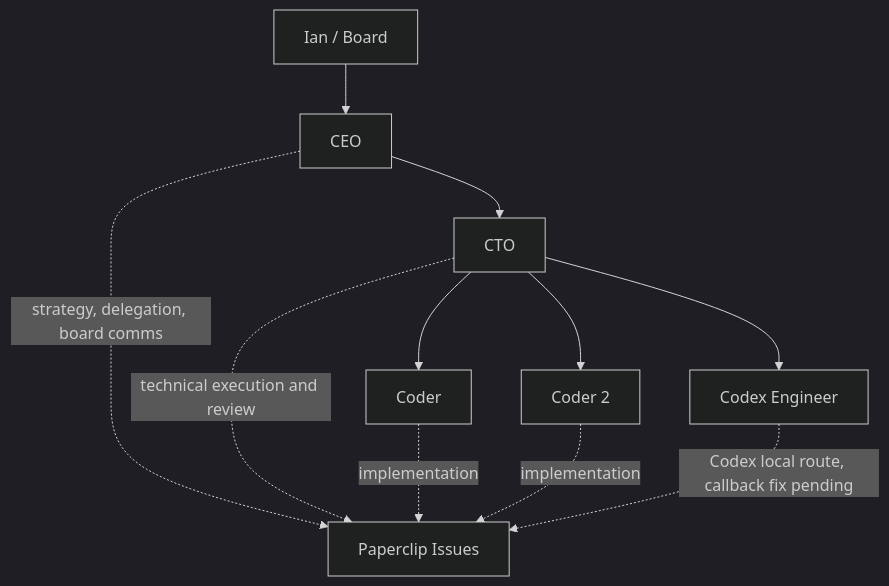
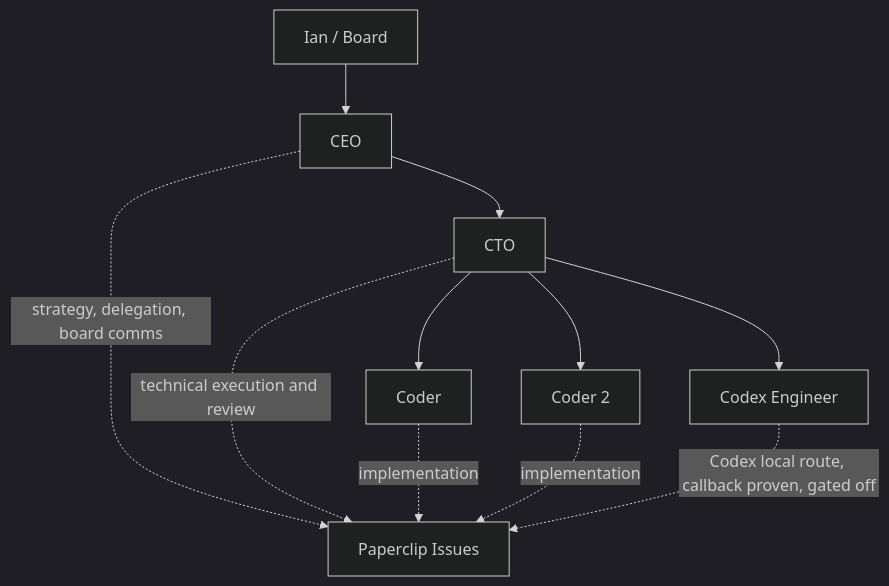
Before and after one commit to ianbel1914-netizen/paperclip: the second of 7 diagrams in docs/PAPERCLIP_SYSTEM_MEMO.md, drawn with Mermaid (dark theme). The commit also changed other lines of this file and 1 other file, not shown here.

Commit message:
Document Codex local callback smoke result

````diff
--- a/docs/PAPERCLIP_SYSTEM_MEMO.md
+++ b/docs/PAPERCLIP_SYSTEM_MEMO.md
@@ -64,14 +64,14 @@
 ```mermaid
 flowchart TD
     Board["Ian / Board"] --> CEO["CEO"]
     CEO --> CTO["CTO"]
     CTO --> Coder1["Coder"]
     CTO --> Coder2["Coder 2"]
     CTO --> CodexEngineer["Codex Engineer"]
 
     CEO -. "strategy, delegation, board comms" .-> Issues["Paperclip Issues"]
     CTO -. "technical execution and review" .-> Issues
     Coder1 -. "implementation" .-> Issues
     Coder2 -. "implementation" .-> Issues
-    CodexEngineer -. "Codex local route, callback fix pending" .-> Issues
+    CodexEngineer -. "Codex local route, callback proven, gated off" .-> Issues
 ```
````
